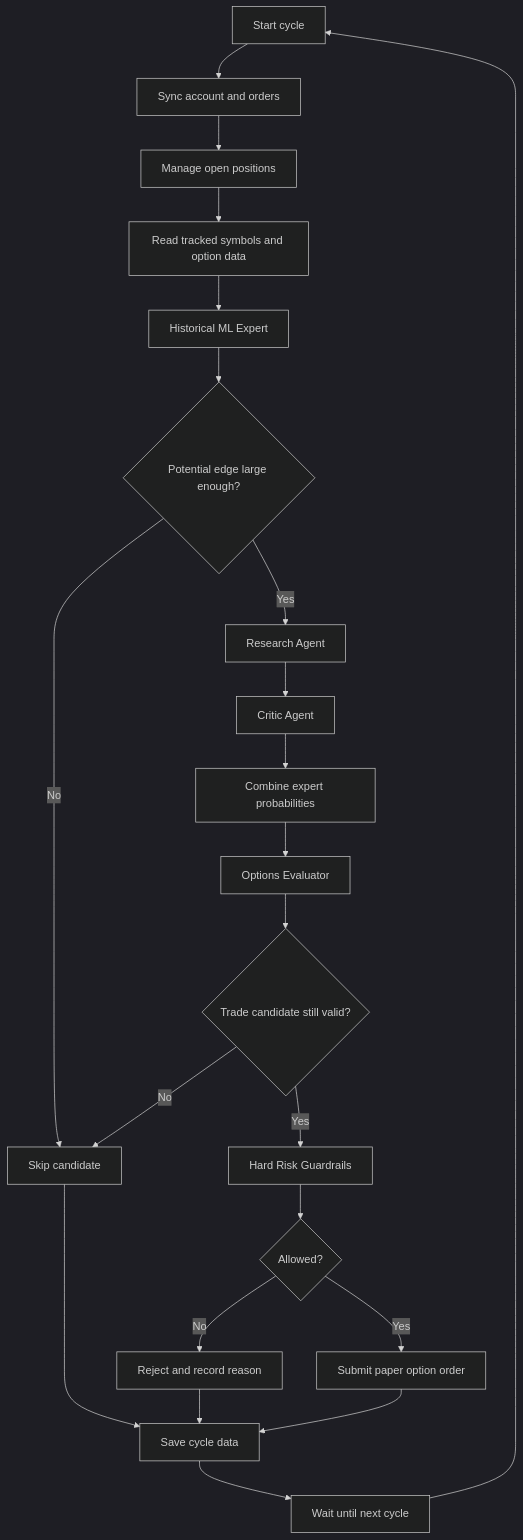
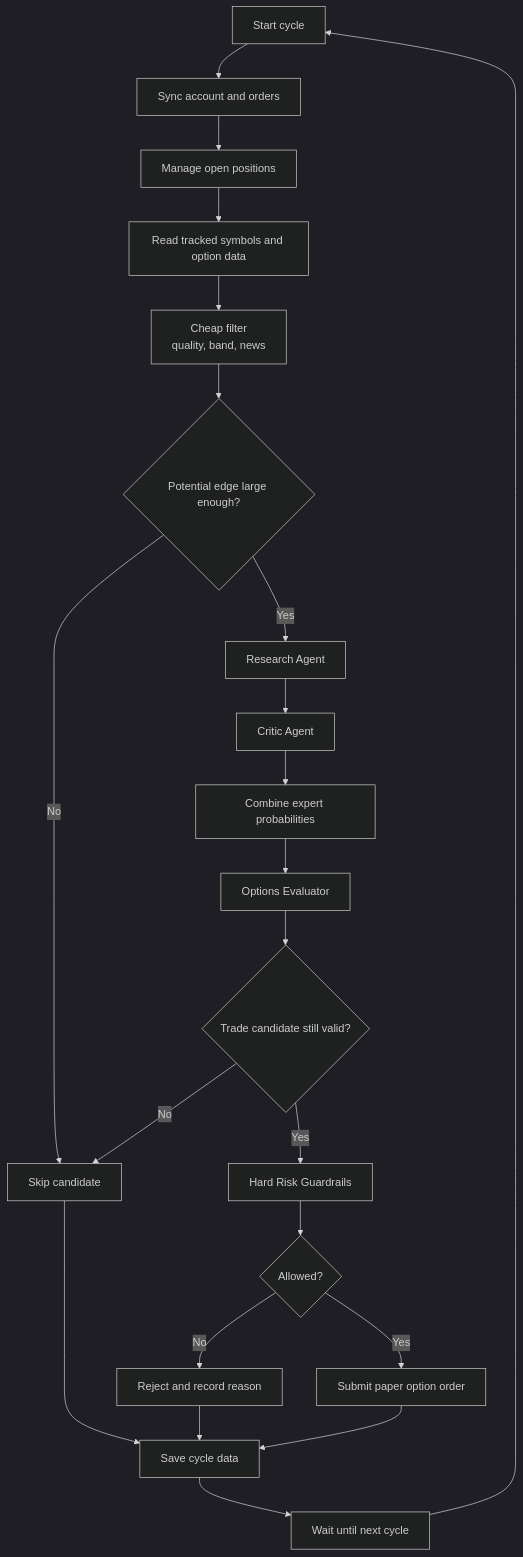
The first of 2 diagrams in .lode/trading/live-cycle.md (xakpc/Alpaca.NoIdea), drawn with Mermaid (dark theme) before and after one commit. The commit also changed other lines of this file and 15 other files, not shown here.

First line of the commit message:
docs(lode): exclude the Historical ML Expert (ADR-013), and demote the AVD

````diff
--- a/.lode/trading/live-cycle.md
+++ b/.lode/trading/live-cycle.md
@@ -6,24 +6,24 @@
 ```mermaid
 flowchart TD
     A[Start cycle] --> B[Sync account and orders]
     B --> C[Manage open positions]
     C --> D[Read tracked symbols and option data]
-    D --> E[Historical ML Expert]
+    D --> E[Cheap filter<br/>quality, band, news]
     E --> F{Potential edge large enough?}
     F -- No --> G[Skip candidate]
     F -- Yes --> H[Research Agent]
     H --> I[Critic Agent]
     I --> J[Combine expert probabilities]
     J --> K[Options Evaluator]
     K --> L{Trade candidate still valid?}
     L -- No --> G
     L -- Yes --> M[Hard Risk Guardrails]
     M --> N{Allowed?}
     N -- No --> O[Reject and record reason]
     N -- Yes --> P[Submit paper option order]
     G --> Q[Save cycle data]
     O --> Q
     P --> Q
     Q --> R[Wait until next cycle]
     R --> A
 ```
````
